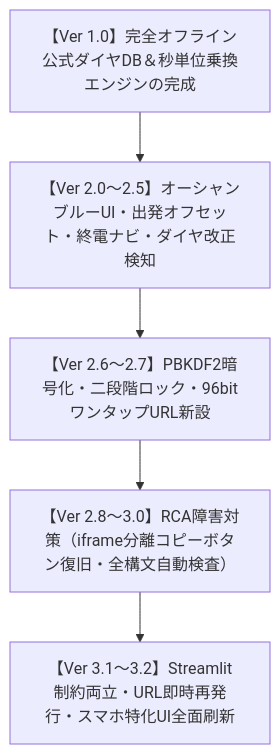
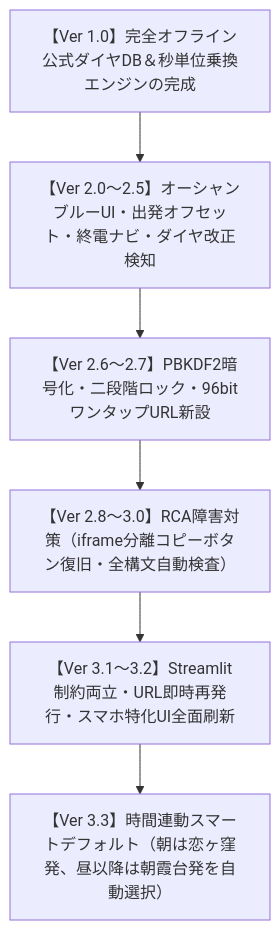
The first of 2 diagrams in README.md (uriboh428/koiasa-train-timer), drawn with Mermaid before and after one commit. The commit also changed other lines of this file and 4 other files, not shown here.

````diff
--- a/README.md
+++ b/README.md
@@ -48,10 +48,11 @@
 ```mermaid
 flowchart TD
     V1["【Ver 1.0】完全オフライン公式ダイヤDB＆秒単位乗換エンジンの完成"]
     V2["【Ver 2.0〜2.5】オーシャンブルーUI・出発オフセット・終電ナビ・ダイヤ改正検知"]
     V3["【Ver 2.6〜2.7】PBKDF2暗号化・二段階ロック・96bitワンタップURL新設"]
     V4["【Ver 2.8〜3.0】RCA障害対策（iframe分離コピーボタン復旧・全構文自動検査）"]
     V5["【Ver 3.1〜3.2】Streamlit制約両立・URL即時再発行・スマホ特化UI全面刷新"]
+    V6["【Ver 3.3】時間連動スマートデフォルト（朝は恋ヶ窪発、昼以降は朝霞台発を自動選択）"]
 
-    V1 --> V2 --> V3 --> V4 --> V5
+    V1 --> V2 --> V3 --> V4 --> V5 --> V6
 ```
````
